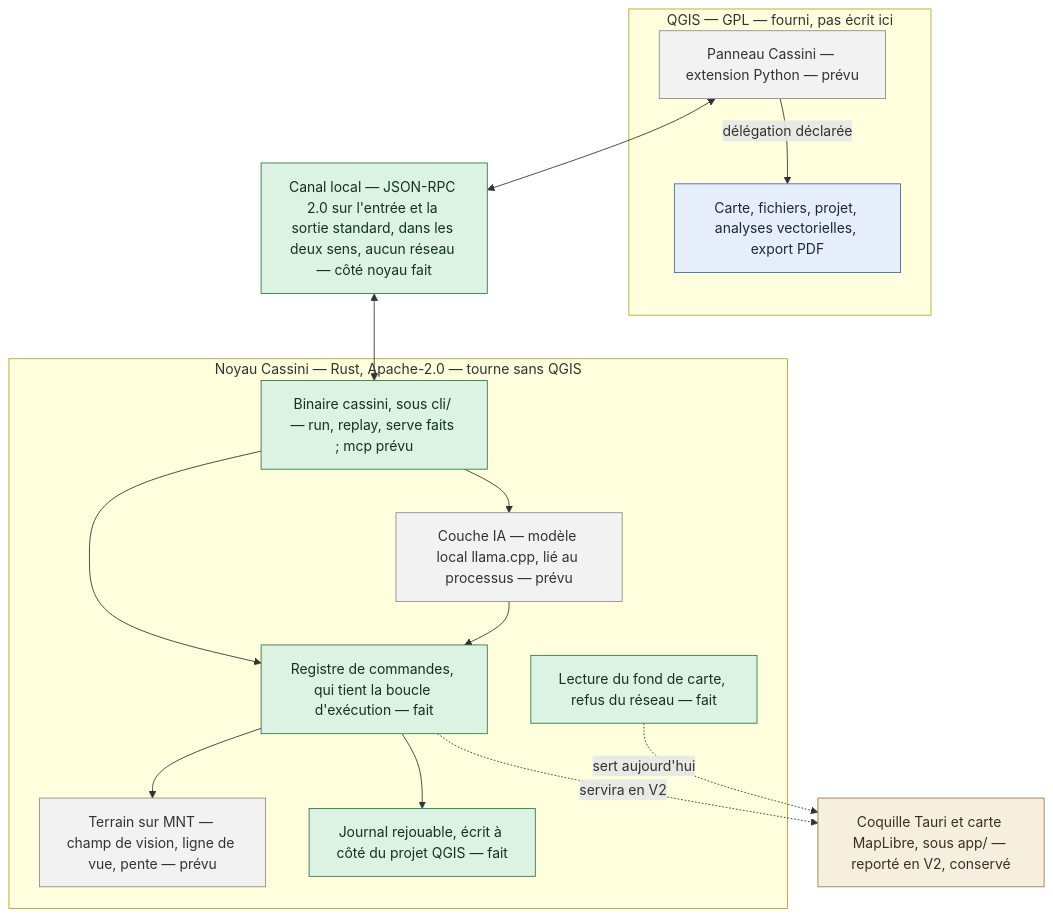
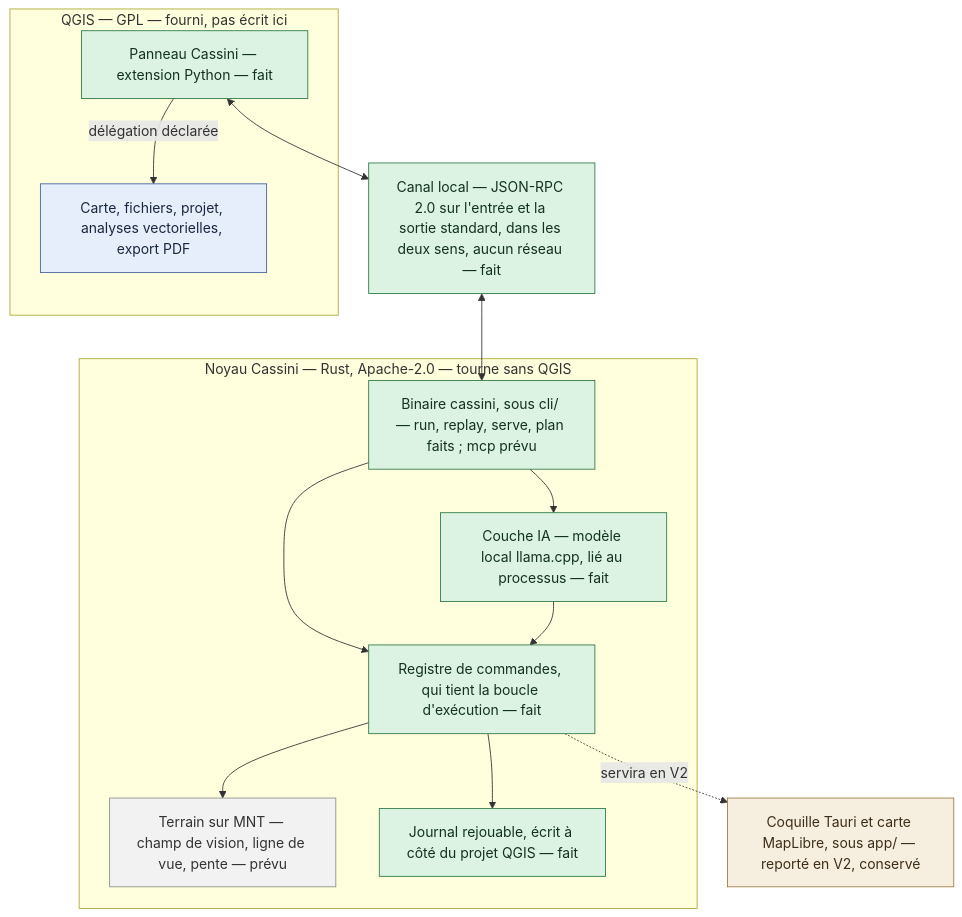
Before and after one commit to Kevzi/cassini-gis: the first of 3 diagrams in README.md, drawn with Mermaid. The commit also changed other lines of this file, not shown here.

Commit message:
docs(readme): README a l'etat reel du projet (etapes 1 a 4 faites, agent dans QGIS)

````diff
--- a/README.md
+++ b/README.md
@@ -142,40 +170,38 @@
 ```mermaid
 flowchart TB
     subgraph qgis["QGIS — GPL — fourni, pas écrit ici"]
-        panneau["Panneau Cassini — extension Python — prévu"]
+        panneau["Panneau Cassini — extension Python — fait"]
         moteurQgis["Carte, fichiers, projet, analyses vectorielles, export PDF"]
     end
 
-    canal["Canal local — JSON-RPC 2.0 sur l'entrée et la sortie standard, dans les deux sens, aucun réseau — côté noyau fait"]
+    canal["Canal local — JSON-RPC 2.0 sur l'entrée et la sortie standard, dans les deux sens, aucun réseau — fait"]
 
     subgraph noyau["Noyau Cassini — Rust, Apache-2.0 — tourne sans QGIS"]
-        binaire["Binaire cassini, sous cli/ — run, replay, serve faits ; mcp prévu"]
+        binaire["Binaire cassini, sous cli/ — run, replay, serve, plan faits ; mcp prévu"]
         registre["Registre de commandes, qui tient la boucle d'exécution — fait"]
         binaire --> registre
         terrain["Terrain sur MNT — champ de vision, ligne de vue, pente — prévu"]
         journal["Journal rejouable, écrit à côté du projet QGIS — fait"]
-        ia["Couche IA — modèle local llama.cpp, lié au processus — prévu"]
-        fond["Lecture du fond de carte, refus du réseau — fait"]
+        ia["Couche IA — modèle local llama.cpp, lié au processus — fait"]
         registre --> terrain
         registre --> journal
         binaire --> ia
         ia --> registre
     end
 
     v2["Coquille Tauri et carte MapLibre, sous app/ — reporté en V2, conservé"]
 
     panneau <--> canal
     canal <--> binaire
     panneau -->|"délégation déclarée"| moteurQgis
-    fond -.->|"sert aujourd'hui"| v2
     registre -.->|"servira en V2"| v2
 
     classDef fait fill:#dcf2e3,stroke:#2f7a46,color:#13331f
     classDef prevu fill:#f2f2f2,stroke:#8d8d8d,color:#333333
     classDef fourni fill:#e7eefb,stroke:#45659c,color:#1a2740
     classDef reporte fill:#f6eede,stroke:#9c7a45,color:#3d2f1a
-    class fond,canal,binaire,registre,journal fait
-    class panneau,terrain,ia prevu
+    class panneau,canal,binaire,registre,journal,ia fait
+    class terrain prevu
     class moteurQgis fourni
     class v2 reporte
 ```
````
